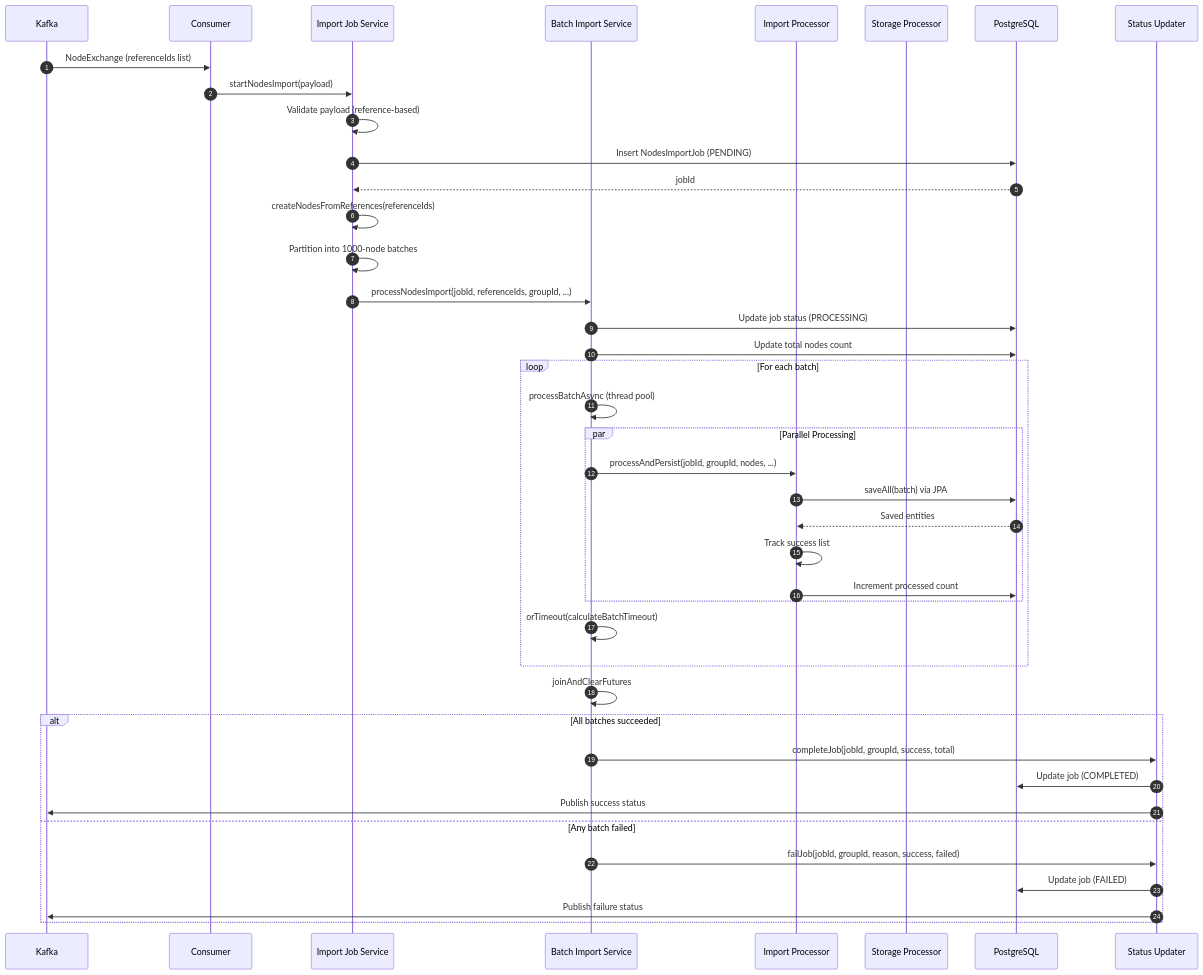
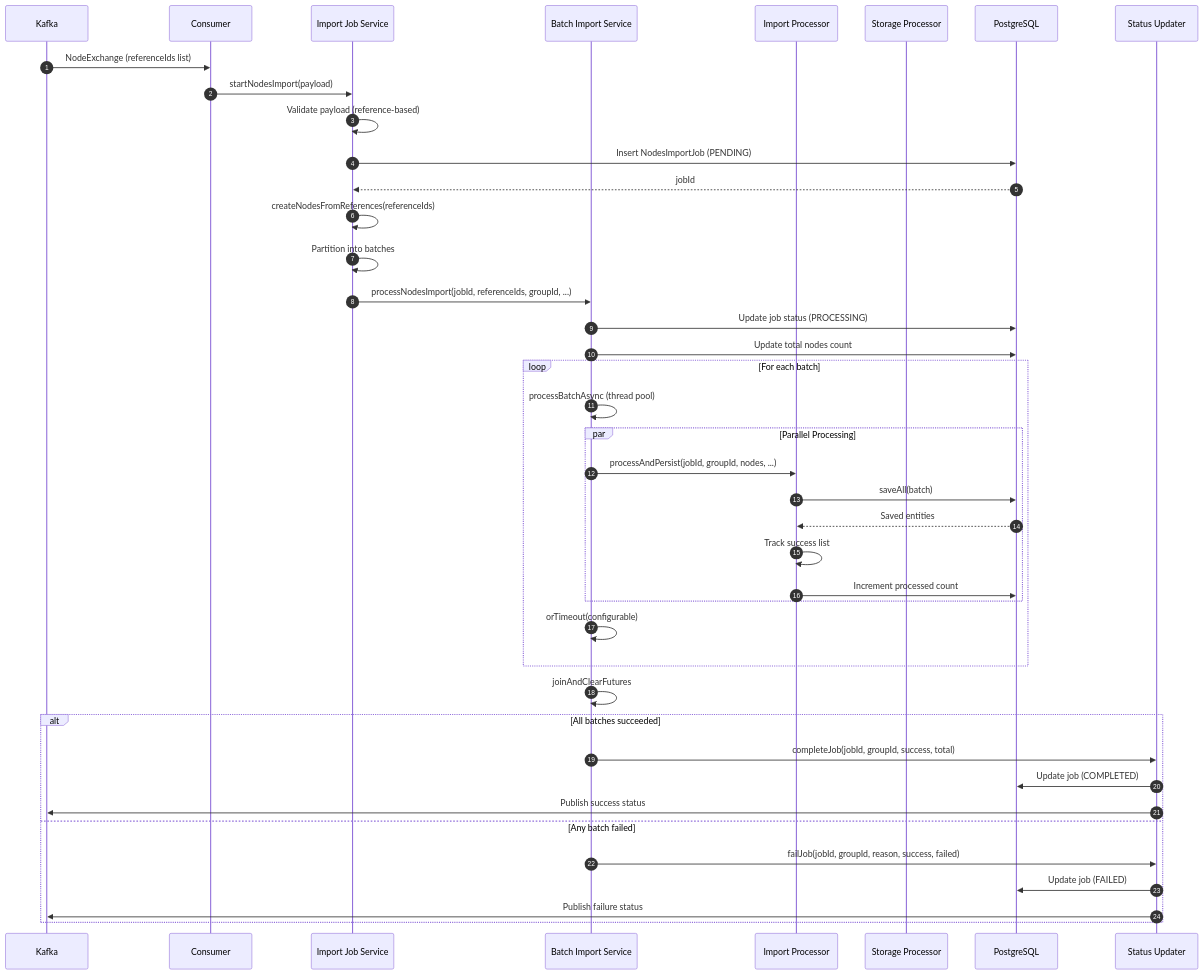
One commit to kagit00/schedule_x changed diagram 12 of 27 in docs/Low Level Designs/NodesImport.md. Above: the diagram before and after it, drawn with Mermaid. The commit also changed other lines of this file and 7 other files, not shown here.

````diff
--- a/docs/Low Level Designs/NodesImport.md
+++ b/docs/Low Level Designs/NodesImport.md
@@ -595,54 +533,54 @@
 ```mermaid
 sequenceDiagram
     autonumber
     participant Kafka
     participant Consumer
     participant JobSvc as Import Job Service
     participant BatchSvc as Batch Import Service
     participant Processor as Import Processor
     participant Storage as Storage Processor
     participant DB as PostgreSQL
     participant Status as Status Updater
     
     Kafka->>Consumer: NodeExchange (referenceIds list)
     Consumer->>JobSvc: startNodesImport(payload)
     
     JobSvc->>JobSvc: Validate payload (reference-based)
     JobSvc->>DB: Insert NodesImportJob (PENDING)
     DB-->>JobSvc: jobId
     
     JobSvc->>JobSvc: createNodesFromReferences(referenceIds)
-    JobSvc->>JobSvc: Partition into 1000-node batches
+    JobSvc->>JobSvc: Partition into batches
     
     JobSvc->>BatchSvc: processNodesImport(jobId, referenceIds, groupId, ...)
     BatchSvc->>DB: Update job status (PROCESSING)
     BatchSvc->>DB: Update total nodes count
     
     loop For each batch
         BatchSvc->>BatchSvc: processBatchAsync (thread pool)
         
         par Parallel Processing
             BatchSvc->>Processor: processAndPersist(jobId, groupId, nodes, ...)
             
-            Processor->>DB: saveAll(batch) via JPA
+            Processor->>DB: saveAll(batch)
             DB-->>Processor: Saved entities
             
             Processor->>Processor: Track success list
             Processor->>DB: Increment processed count
         end
         
-        BatchSvc->>BatchSvc: orTimeout(calculateBatchTimeout)
+        BatchSvc->>BatchSvc: orTimeout(configurable)
     end
     
     BatchSvc->>BatchSvc: joinAndClearFutures
     
     alt All batches succeeded
         BatchSvc->>Status: completeJob(jobId, groupId, success, total)
         Status->>DB: Update job (COMPLETED)
         Status->>Kafka: Publish success status
     else Any batch failed
         BatchSvc->>Status: failJob(jobId, groupId, reason, success, failed)
         Status->>DB: Update job (FAILED)
         Status->>Kafka: Publish failure status
     end
 ```
````
